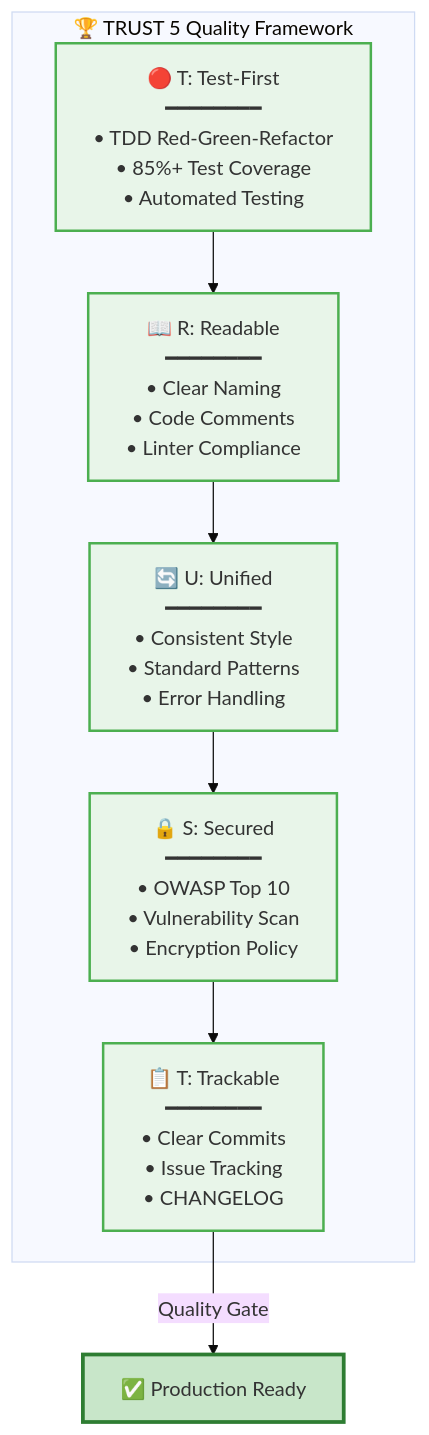
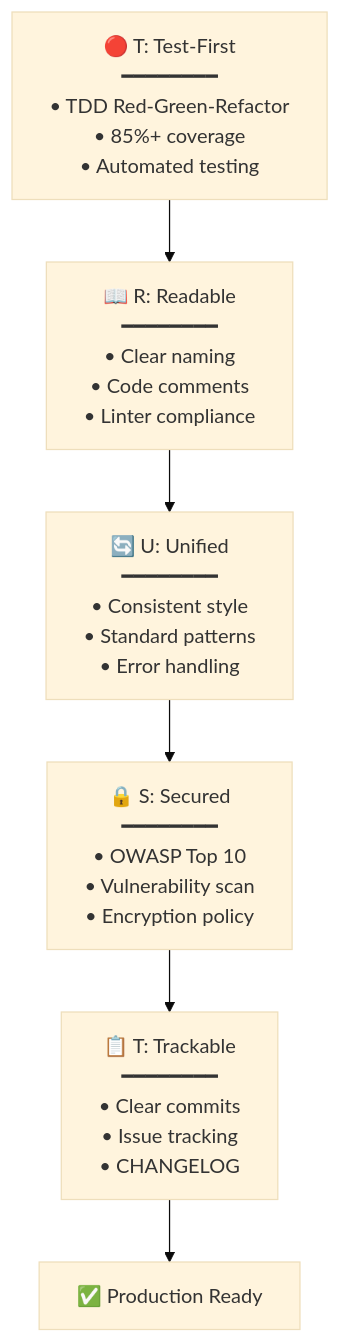
One commit to modu-ai/moai-adk changed the diagram in README.md. Above: the diagram before and after it, drawn with Mermaid (base theme). The commit also changed other lines of this file and 4 other files, not shown here.

````diff
--- a/README.md
+++ b/README.md
@@ -2371,22 +805,10 @@
 ```mermaid
 graph TD
-    subgraph TRUST5["🏆 TRUST 5 Quality Framework"]
-        T1["🔴 T: Test-First<br/>━━━━━━━━<br/>• TDD Red-Green-Refactor<br/>• 85%+ Test Coverage<br/>• Automated Testing"]
-        R["📖 R: Readable<br/>━━━━━━━━<br/>• Clear Naming<br/>• Code Comments<br/>• Linter Compliance"]
-        U["🔄 U: Unified<br/>━━━━━━━━<br/>• Consistent Style<br/>• Standard Patterns<br/>• Error Handling"]
-        S["🔒 S: Secured<br/>━━━━━━━━<br/>• OWASP Top 10<br/>• Vulnerability Scan<br/>• Encryption Policy"]
-        T2["📋 T: Trackable<br/>━━━━━━━━<br/>• Clear Commits<br/>• Issue Tracking<br/>• CHANGELOG"]
-    end
+    T1["🔴 T: Test-First<br/>━━━━━━━━<br/>• TDD Red-Green-Refactor<br/>• 85%+ coverage<br/>• Automated testing"]
+    R["📖 R: Readable<br/>━━━━━━━━<br/>• Clear naming<br/>• Code comments<br/>• Linter compliance"]
+    U["🔄 U: Unified<br/>━━━━━━━━<br/>• Consistent style<br/>• Standard patterns<br/>• Error handling"]
+    S["🔒 S: Secured<br/>━━━━━━━━<br/>• OWASP Top 10<br/>• Vulnerability scan<br/>• Encryption policy"]
+    T2["📋 T: Trackable<br/>━━━━━━━━<br/>• Clear commits<br/>• Issue tracking<br/>• CHANGELOG"]
 
-    T1 --> R
-    R --> U
-    U --> S
-    S --> T2
-    T2 -->|Quality Gate| Deploy["✅ Production Ready"]
-
-    classDef trustStyle fill:#e8f5e9,stroke:#4caf50,stroke-width:2px
-    classDef deployStyle fill:#c8e6c9,stroke:#2e7d32,stroke-width:3px
-
-    class T1,R,U,S,T2 trustStyle
-    class Deploy deployStyle
+    T1 --> R --> U --> S --> T2 --> Deploy["✅ Production Ready"]
 ```
````
